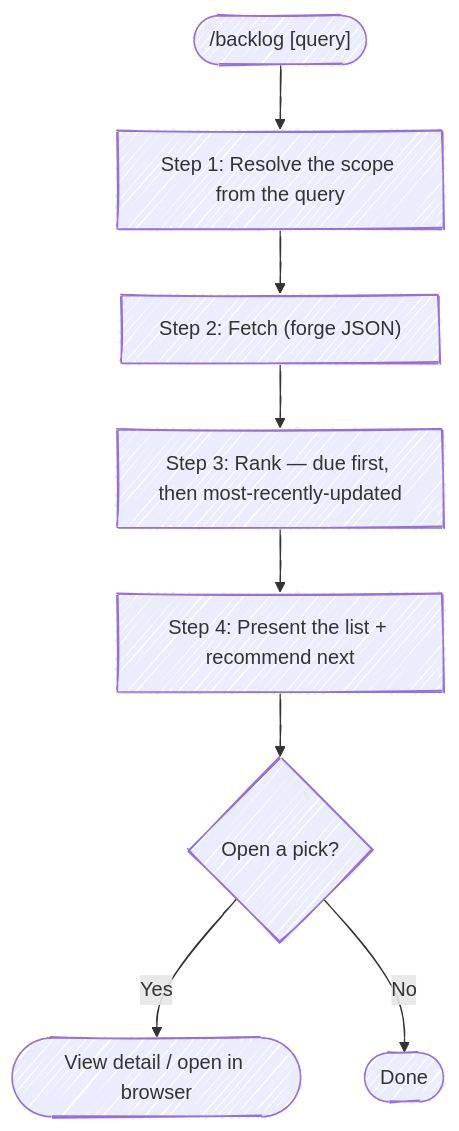
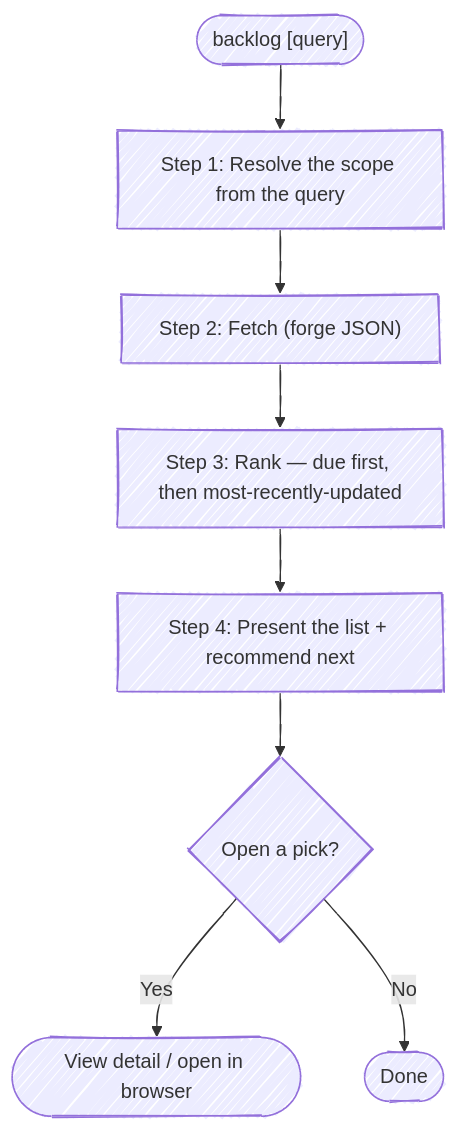
Before and after one commit to chris-peterson/anchor: the diagram in skills/backlog/SKILL.md, drawn with Mermaid. The commit also changed other lines of this file and 42 other files, not shown here.

````diff
--- a/skills/backlog/SKILL.md
+++ b/skills/backlog/SKILL.md
@@ -16,11 +20,11 @@
 ```mermaid
 %%{ init: { 'look': 'handDrawn' } }%%
 flowchart TD
-    Start(["/backlog [query]"]) --> Scope["Step 1: Resolve the scope from the query"]
+    Start(["backlog [query]"]) --> Scope["Step 1: Resolve the scope from the query"]
     Scope --> Fetch["Step 2: Fetch (forge JSON)"]
     Fetch --> Rank["Step 3: Rank — due first, then most-recently-updated"]
     Rank --> Present["Step 4: Present the list + recommend next"]
     Present --> Pick{Open a pick?}
     Pick -->|Yes| View(["View detail / open in browser"])
     Pick -->|No| Done([Done])
 ```
````
